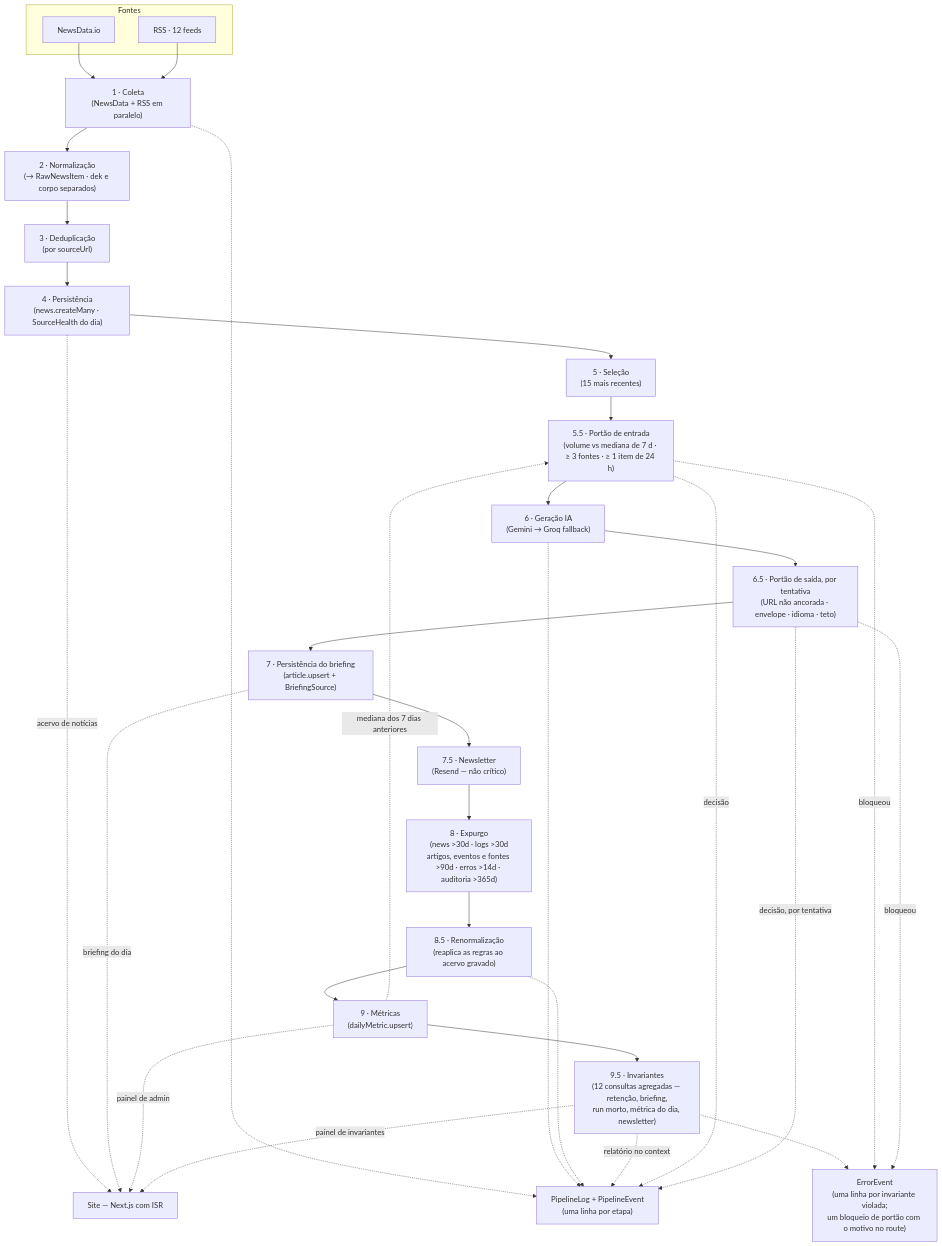
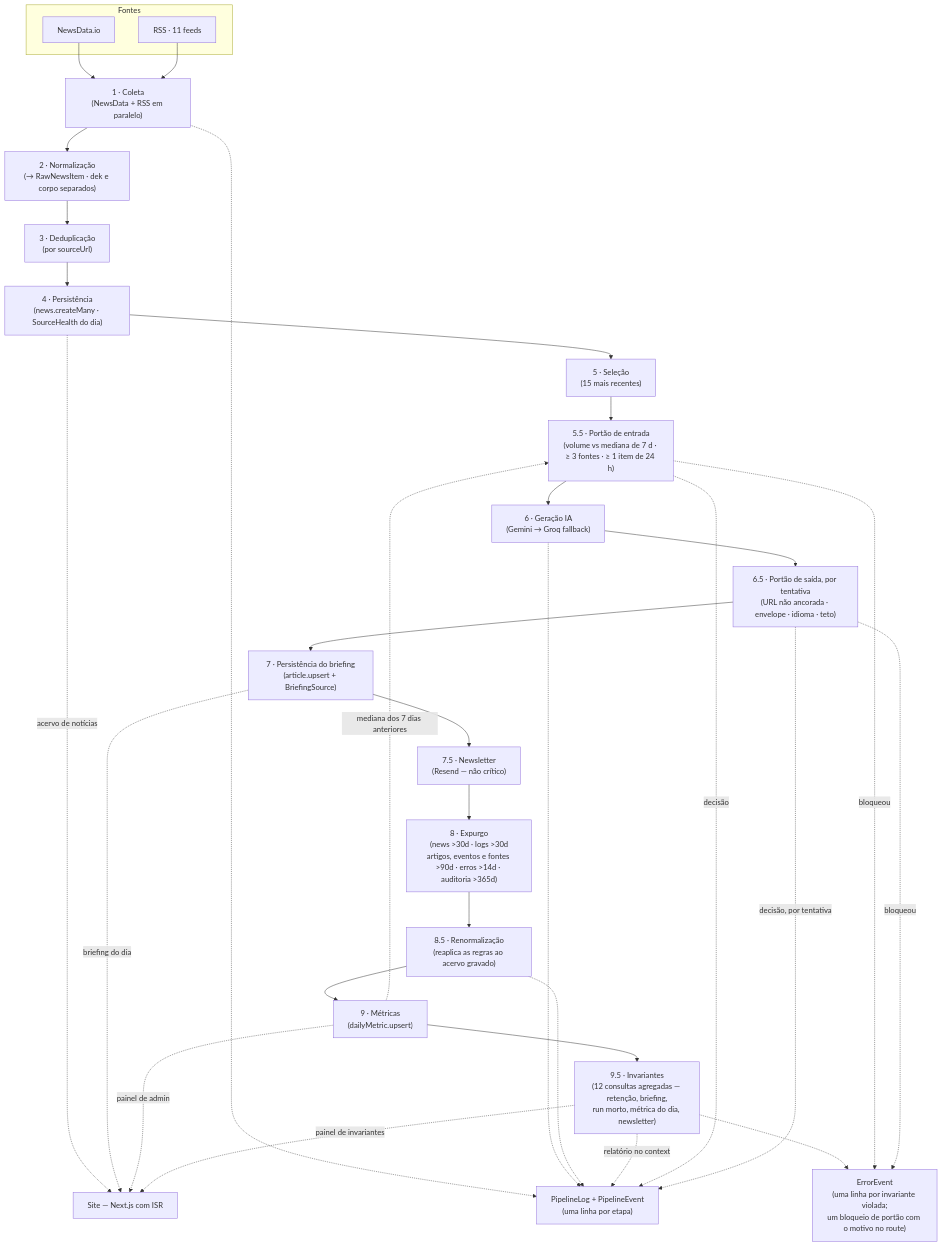
Before and after one commit to tavinholoco/newra-news: the diagram in docs/diagrams/data-flow.mermaid, drawn with Mermaid. The commit also changed 19 other files, not shown here.

```diff
--- a/docs/diagrams/data-flow.mermaid
+++ b/docs/diagrams/data-flow.mermaid
@@ -1,54 +1,54 @@
 %% Fluxo de Dados Diário — Pipeline de Notícias (Newra News)
 %% ---
 %% Atualizado em 19/09/2026. As 14 etapas do `pipeline.service.ts`, na ordem em
 %% que rodam, e o que cada uma deixa gravado. A etapa 4 grava também a
 %% SourceHealth do dia (Fase 11 do plano de observabilidade), e a 8 a expurga.
 %% A 9.5 (Fase 6) não grava tabela nenhuma: o relatório é o `context` de um
 %% PipelineEvent, e cada violação é um ErrorEvent com o id da invariante. Os
 %% dois portões (5.5 e 6.5, Fase 9) também não gravam tabela: a decisão é um
 %% PipelineEvent, e o bloqueio é um ErrorEvent com o motivo no route.
 flowchart TB
     subgraph Coleta["Fontes"]
         ND["NewsData.io"]
-        RSS["RSS · 12 feeds"]
+        RSS["RSS · 11 feeds"]
     end
 
     S1["1 · Coleta<br/>(NewsData + RSS em paralelo)"]
     S2["2 · Normalização<br/>(→ RawNewsItem · dek e corpo separados)"]
     S3["3 · Deduplicação<br/>(por sourceUrl)"]
     S4["4 · Persistência<br/>(news.createMany · SourceHealth do dia)"]
     S5["5 · Seleção<br/>(15 mais recentes)"]
     S55["5.5 · Portão de entrada<br/>(volume vs mediana de 7 d · ≥ 3 fontes · ≥ 1 item de 24 h)"]
     S6["6 · Geração IA<br/>(Gemini → Groq fallback)"]
     S65["6.5 · Portão de saída, por tentativa<br/>(URL não ancorada · envelope · idioma · teto)"]
     S7["7 · Persistência do briefing<br/>(article.upsert + BriefingSource)"]
     S75["7.5 · Newsletter<br/>(Resend — não crítico)"]
     S8["8 · Expurgo<br/>(news >30d · logs >30d<br/>artigos, eventos e fontes >90d · erros >14d · auditoria >365d)"]
     S85["8.5 · Renormalização<br/>(reaplica as regras ao acervo gravado)"]
     S9["9 · Métricas<br/>(dailyMetric.upsert)"]
     S95["9.5 · Invariantes<br/>(12 consultas agregadas — retenção, briefing,<br/>run morto, métrica do dia, newsletter)"]
 
     ND --> S1
     RSS --> S1
     S1 --> S2 --> S3 --> S4 --> S5 --> S55 --> S6 --> S65 --> S7 --> S75 --> S8 --> S85 --> S9 --> S95
     S9 -.->|"mediana dos 7 dias anteriores"| S55
 
     SITE["Site — Next.js com ISR"]
     S4 -.->|"acervo de notícias"| SITE
     S7 -.->|"briefing do dia"| SITE
     S9 -.->|"painel de admin"| SITE
     S95 -.->|"painel de invariantes"| SITE
 
     LOG["PipelineLog + PipelineEvent<br/>(uma linha por etapa)"]
     S1 -.-> LOG
     S6 -.-> LOG
     S85 -.-> LOG
     S95 -.->|"relatório no context"| LOG
 
     S55 -.->|"decisão"| LOG
     S65 -.->|"decisão, por tentativa"| LOG
 
     ERR["ErrorEvent<br/>(uma linha por invariante violada;<br/>um bloqueio de portão com o motivo no route)"]
     S95 -.-> ERR
     S55 -.->|"bloqueou"| ERR
     S65 -.->|"bloqueou"| ERR
```
